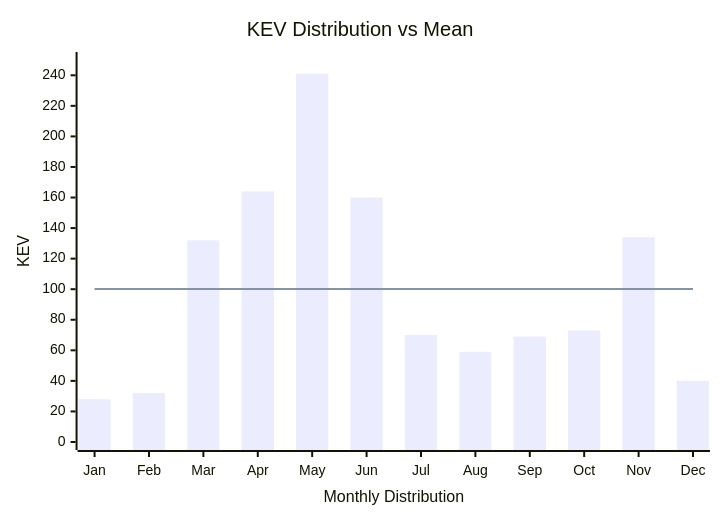
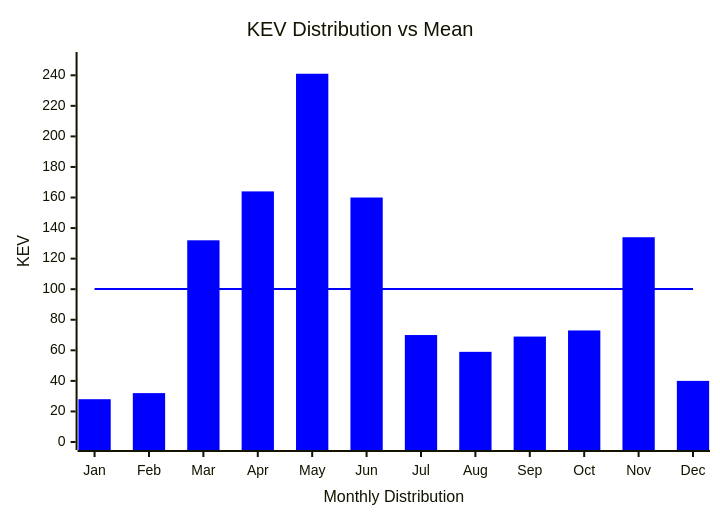
One commit to myseq/makeshift changed the diagram in mdfiles/cisakev36m.md. Above: the diagram before and after it, drawn with Mermaid.

Commit message:
updated data

````diff
--- a/mdfiles/cisakev36m.md
+++ b/mdfiles/cisakev36m.md
@@ -3,9 +3,16 @@
 ```mermaid
+---
+config:
+  themeVariables:
+    xyChart:
+      showDataLabel: true
+      plotColorPalette: '#0000FF, #0000FF, #0000FF, #FF0000, #0000FF'
+---
 xychart
     title "KEV Distribution vs Mean"
     x-axis "Monthly Distribution" [Jan, Feb, Mar, Apr, May, Jun, Jul, Aug, Sep, Oct, Nov, Dec]
     y-axis "KEV" 0 --> 250
     bar [28, 32, 132, 164, 241, 160, 70, 59, 69, 73, 134, 40]
     line [100.16, 100.16, 100.16, 100.16, 100.16, 100.16, 100.16, 100.16, 100.16, 100.16, 100.16, 100.16]
 
 ```
````
